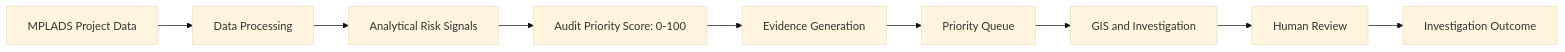
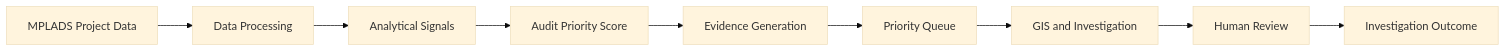
Before and after one commit to the-nidhi-bhat/mplads-sentinel: the first of 17 diagrams in README.md, drawn with Mermaid (base theme). The commit also changed other lines of this file, not shown here.

````diff
--- a/README.md
+++ b/README.md
@@ -59,11 +59,11 @@
 ```mermaid
-flowchart LR
-    A["MPLADS Project Data"] --> B["Data Processing"]
-    B --> C["Analytical Risk Signals"]
-    C --> D["Audit Priority Score: 0-100"]
-    D --> E["Evidence Generation"]
-    E --> F["Priority Queue"]
-    F --> G["GIS and Investigation"]
-    G --> H["Human Review"]
-    H --> I["Investigation Outcome"]
+graph LR
+    A[MPLADS Project Data] --> B[Data Processing]
+    B --> C[Analytical Signals]
+    C --> D[Audit Priority Score]
+    D --> E[Evidence Generation]
+    E --> F[Priority Queue]
+    F --> G[GIS and Investigation]
+    G --> H[Human Review]
+    H --> I[Investigation Outcome]
 ```
````
